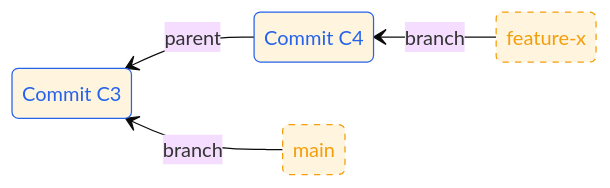
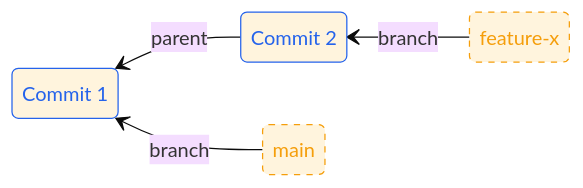
Before and after one commit to lizsalmon/iCSC-Git-talk: the ninth of 21 diagrams in slides.md, drawn with Mermaid (base theme). The commit also changed other lines of this file and 1 other file, not shown here.

````diff
--- a/slides.md
+++ b/slides.md
@@ -471,24 +487,24 @@
 ```mermaid
 stateDiagram-v2
   direction RL
 
-  state "Commit C3" as C3
-  state "Commit C4" as C4
+  state "Commit 1" as C1
+  state "Commit 2" as C2
 
   state "main" as main
   state "feature-x" as fx
 
-  C4 --> C3 : parent
+  C2 --> C1 : parent
 
   %% Branch pointers (dashed, colored)
-  main --> C3 : branch
-  fx --> C4 : branch
+  main --> C1 : branch
+  fx --> C2 : branch
 
   %% Styling
   class main,fx branch
-  class C4,C3 parent
+  class C2,C1 parent
 
   classDef branch stroke:#f59e0b,stroke-dasharray: 5 5,color:#f59e0b
   classDef parent stroke:#2563eb,color:#2563eb
 
 ```
````
